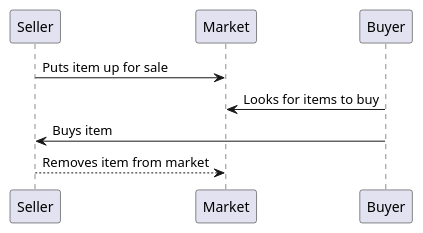
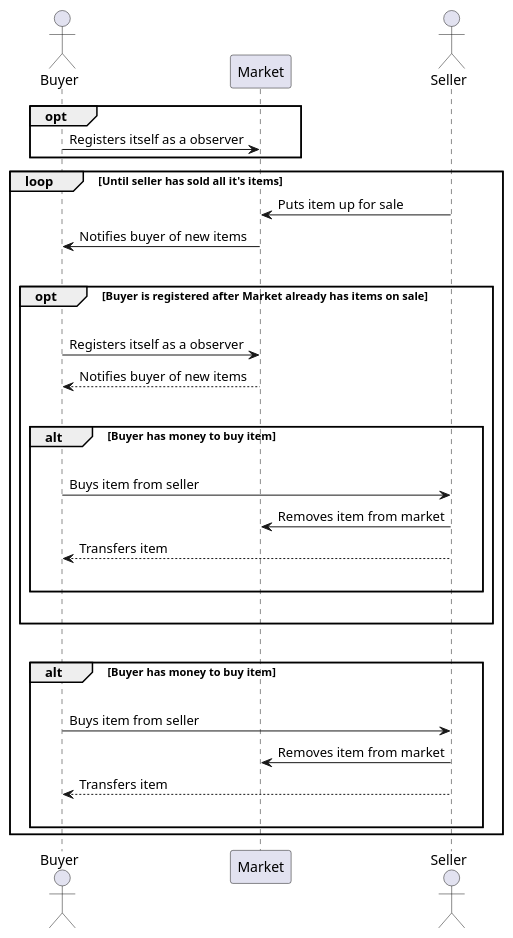
Before and after one commit to asmadsen/LottasFleaMarket: the diagram in Docs/SequenceDiagram.puml, drawn with PlantUML. The commit also changed 13 other files, not shown here.

Commit message:
📝 Written Class Diagram

```diff
--- a/Docs/SequenceDiagram.puml
+++ b/Docs/SequenceDiagram.puml
@@ -1,7 +1,38 @@
 @startuml
-Seller -> Market: Puts item up for sale
-Buyer -> Market: Looks for items to buy
+actor Buyer
+participant Market
+actor Seller
 
-Buyer -> Seller: Buys item
-Seller --> Market: Removes item from market
+opt
+    Buyer -> Market: Registers itself as a observer 
+end
+loop Until seller has sold all it's items
+    Seller -> Market: Puts item up for sale
+    Buyer <- Market: Notifies buyer of new items
+    |||
+    opt Buyer is registered after Market already has items on sale 
+        |||
+        Buyer -> Market: Registers itself as a observer
+        Buyer <-- Market: Notifies buyer of new items
+        |||
+        alt Buyer has money to buy item
+            |||
+            Buyer -> Seller: Buys item from seller
+            Seller -> Market: Removes item from market
+            Buyer <-- Seller: Transfers item
+            |||
+        end
+        |||
+    end
+    |||
+    alt Buyer has money to buy item
+        |||
+        Buyer -> Seller: Buys item from seller
+        Seller -> Market: Removes item from market
+        Buyer <-- Seller: Transfers item
+        |||
+    end
+end
+
+
 @enduml
```
